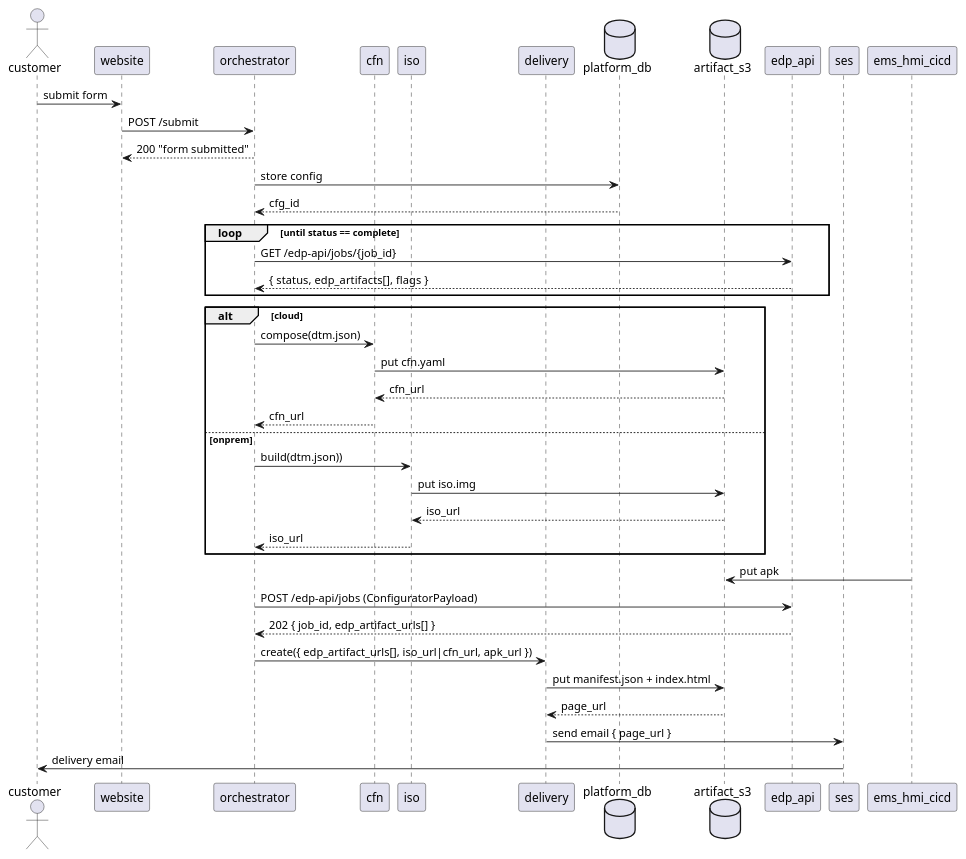
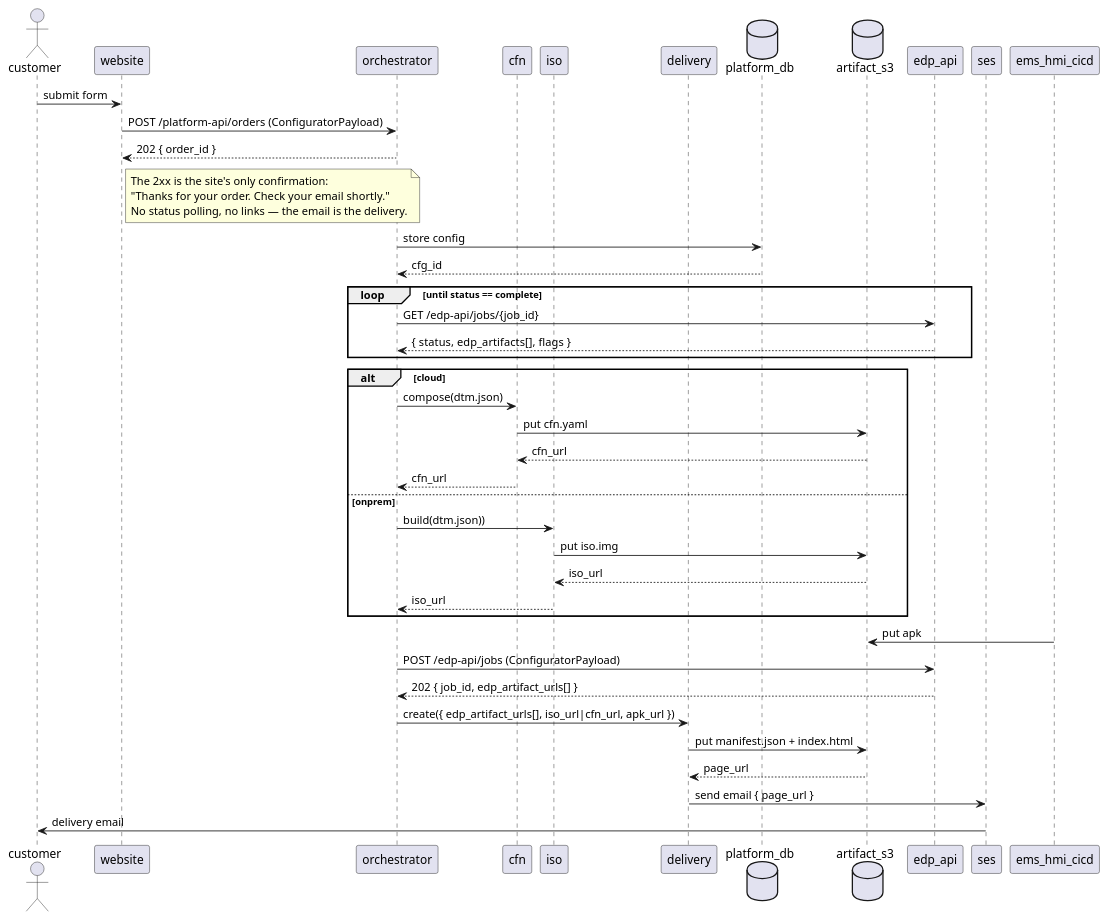
The second of 2 diagrams in readme.md (arcnode-io/platform-api), drawn with PlantUML before and after one commit.

Commit message:
📝 docs(readme): the site confirms only the 2xx; the email is the delivery
The sequence diagram named a stale route and status. Spell out that the
website shows "check your email shortly" on the 202 and never polls.

Claude-Session: https://claude.ai/code/session_01RGoncSdkUnKY9YohEupCkP

````diff
--- a/readme.md
+++ b/readme.md
@@ -49,45 +49,50 @@
 ```plantuml
 actor customer
 participant website
 participant orchestrator
 participant cfn
 participant iso
 participant delivery
 database platform_db
 database artifact_s3
 participant edp_api
 participant ses
 participant ems_hmi_cicd
 
 customer -> website : submit form
-website -> orchestrator : POST /submit
-orchestrator --> website : 200 "form submitted"
+website -> orchestrator : POST /platform-api/orders (ConfiguratorPayload)
+orchestrator --> website : 202 { order_id }
+note right of website
+  The 2xx is the site's only confirmation:
+  "Thanks for your order. Check your email shortly."
+  No status polling, no links — the email is the delivery.
+end note
 orchestrator -> platform_db : store config
 platform_db --> orchestrator : cfg_id
 loop until status == complete
     orchestrator -> edp_api : GET /edp-api/jobs/{job_id}
     edp_api --> orchestrator : { status, edp_artifacts[],  flags }
 end
 
 alt cloud
     orchestrator -> cfn : compose(dtm.json)
     cfn -> artifact_s3 : put cfn.yaml
     artifact_s3 --> cfn : cfn_url
     cfn --> orchestrator : cfn_url
 else onprem
     orchestrator -> iso : build(dtm.json))
     iso -> artifact_s3 : put iso.img
     artifact_s3 --> iso : iso_url
     iso --> orchestrator : iso_url
 end
 
 ems_hmi_cicd -> artifact_s3 : put apk
 
 orchestrator -> edp_api : POST /edp-api/jobs (ConfiguratorPayload)
 edp_api --> orchestrator : 202 { job_id, edp_artifact_urls[] }
 orchestrator -> delivery : create({ edp_artifact_urls[], iso_url|cfn_url, apk_url })
 delivery -> artifact_s3 : put manifest.json + index.html
 artifact_s3 --> delivery : page_url
 delivery -> ses : send email { page_url }
 ses -> customer : delivery email
 ```
````
